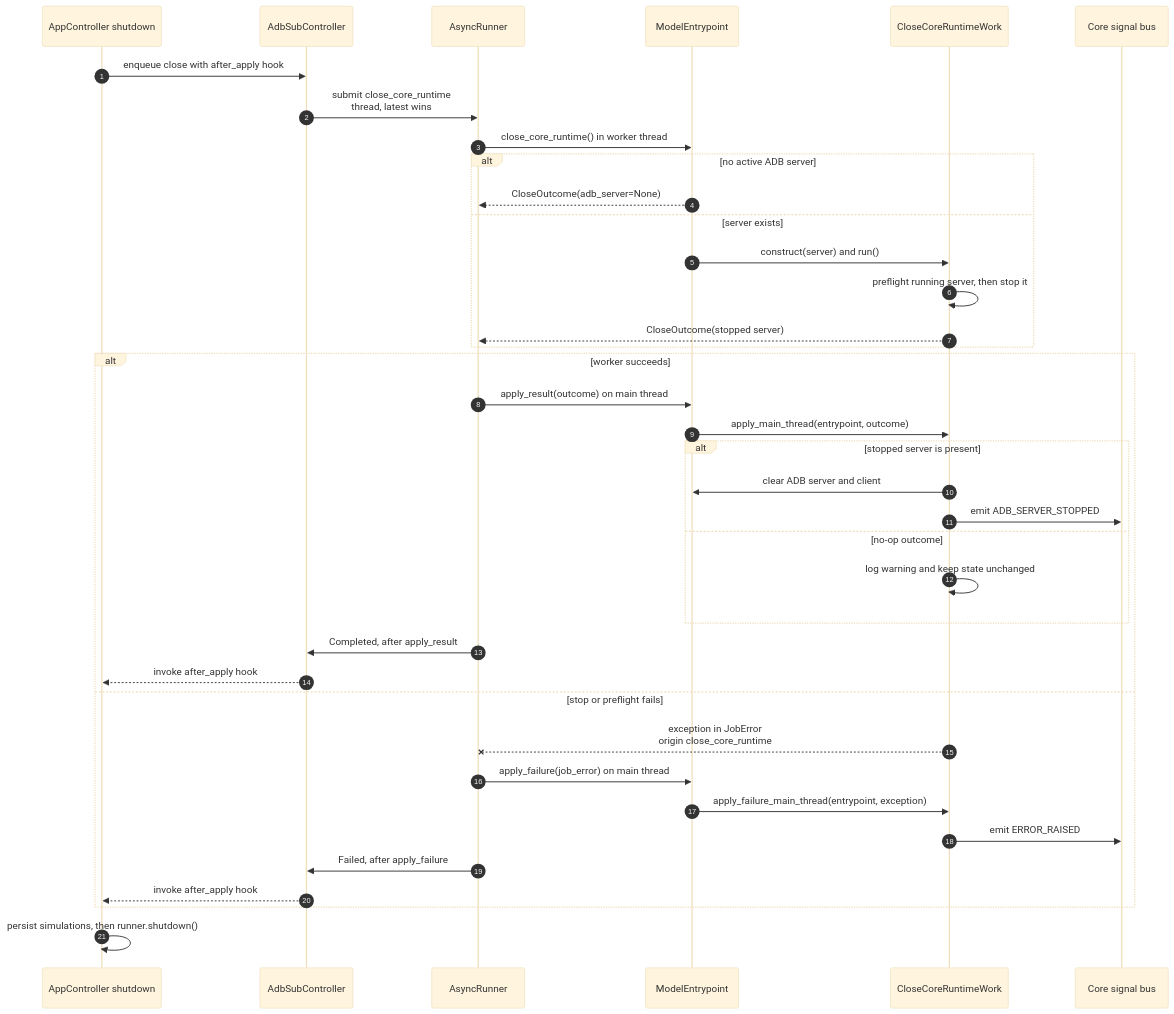
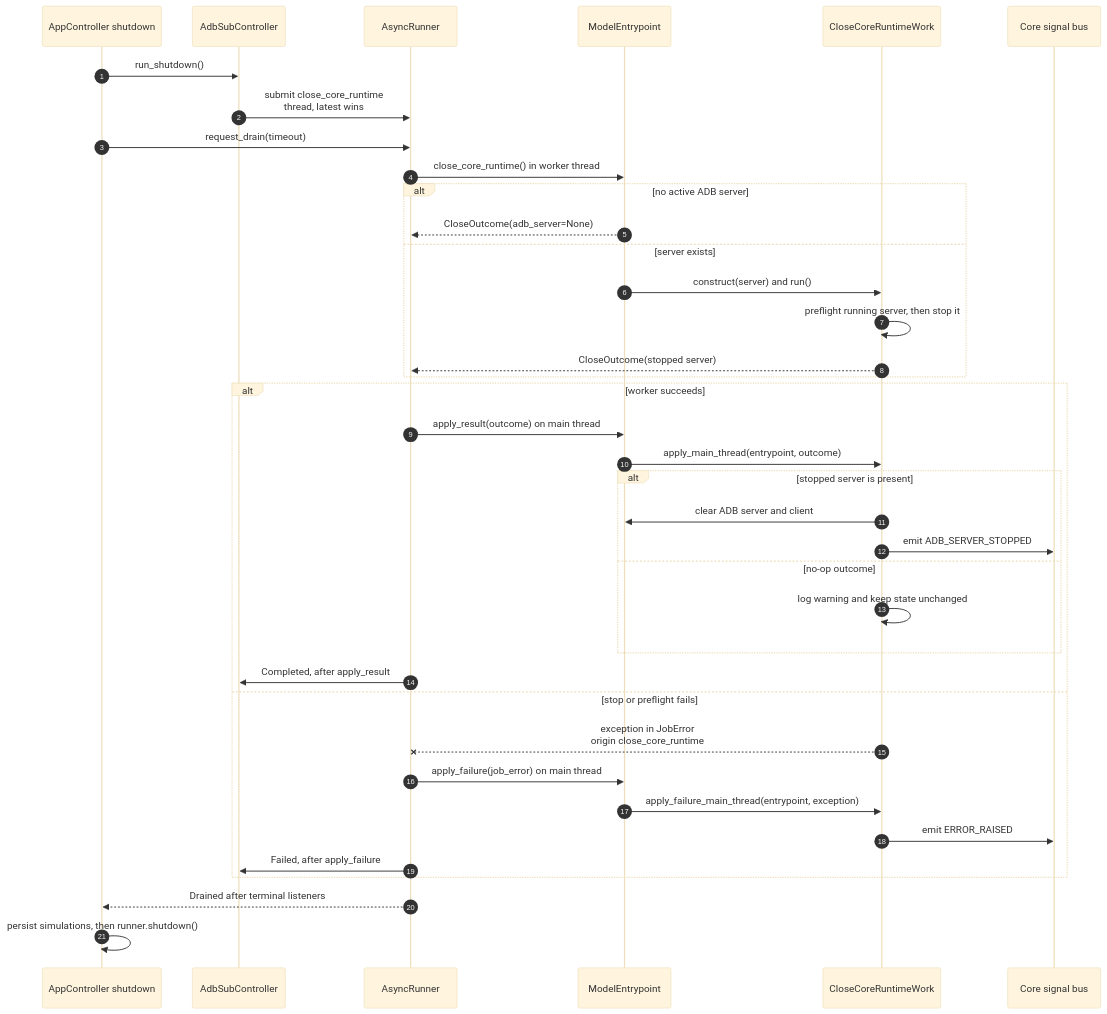
Before and after one commit to LeoooJR/AROW: the diagram in src/core/work/close_work.md, drawn with Mermaid (base theme). The commit also changed other lines of this file and 15 other files, not shown here.

````diff
--- a/src/core/work/close_work.md
+++ b/src/core/work/close_work.md
@@ -8,41 +8,41 @@
 ```mermaid
 sequenceDiagram
     autonumber
     participant App as AppController shutdown
     participant Controller as AdbSubController
     participant Runner as AsyncRunner
     participant Entrypoint as ModelEntrypoint
     participant Work as CloseCoreRuntimeWork
     participant Bus as Core signal bus
 
-    App->>Controller: enqueue close with after_apply hook
+    App->>Controller: run_shutdown()
     Controller->>Runner: submit close_core_runtime<br/>thread, latest wins
+    App->>Runner: request_drain(timeout)
     Runner->>Entrypoint: close_core_runtime() in worker thread
     alt no active ADB server
         Entrypoint-->>Runner: CloseOutcome(adb_server=None)
     else server exists
         Entrypoint->>Work: construct(server) and run()
         Work->>Work: preflight running server, then stop it
         Work-->>Runner: CloseOutcome(stopped server)
     end
     alt worker succeeds
         Runner->>Entrypoint: apply_result(outcome) on main thread
         Entrypoint->>Work: apply_main_thread(entrypoint, outcome)
         alt stopped server is present
             Work->>Entrypoint: clear ADB server and client
             Work->>Bus: emit ADB_SERVER_STOPPED
         else no-op outcome
             Work->>Work: log warning and keep state unchanged
         end
         Runner->>Controller: Completed, after apply_result
-        Controller-->>App: invoke after_apply hook
     else stop or preflight fails
         Work--xRunner: exception in JobError<br/>origin close_core_runtime
         Runner->>Entrypoint: apply_failure(job_error) on main thread
         Entrypoint->>Work: apply_failure_main_thread(entrypoint, exception)
         Work->>Bus: emit ERROR_RAISED
         Runner->>Controller: Failed, after apply_failure
-        Controller-->>App: invoke after_apply hook
     end
+    Runner-->>App: Drained after terminal listeners
     App->>App: persist simulations, then runner.shutdown()
 ```
````
